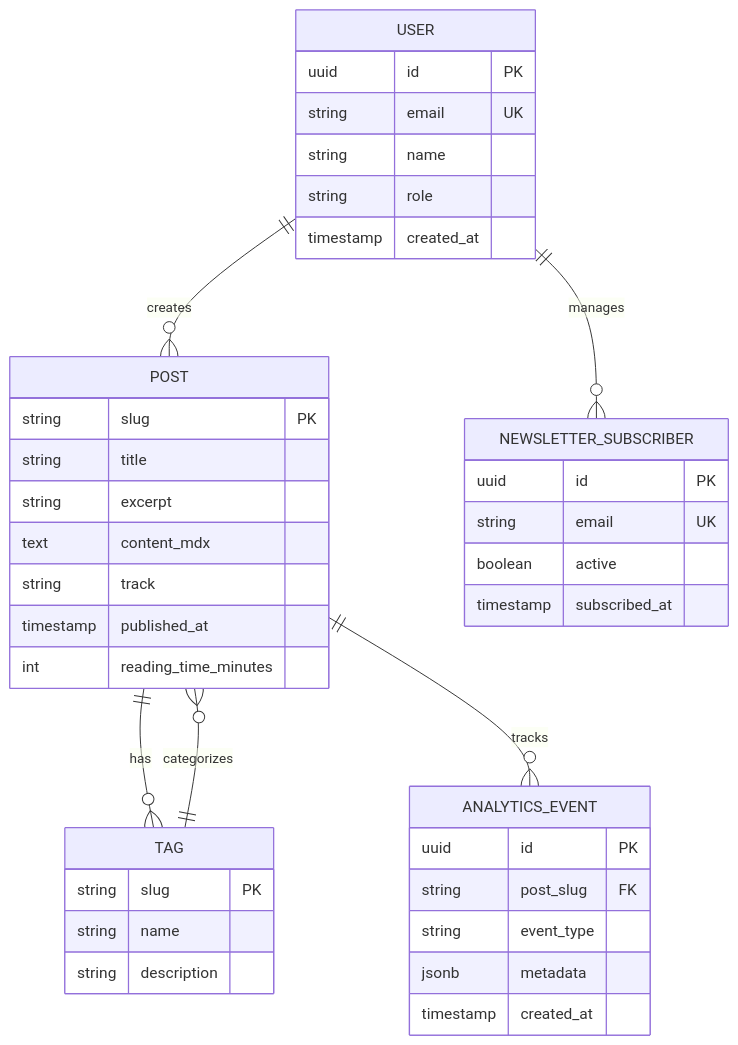
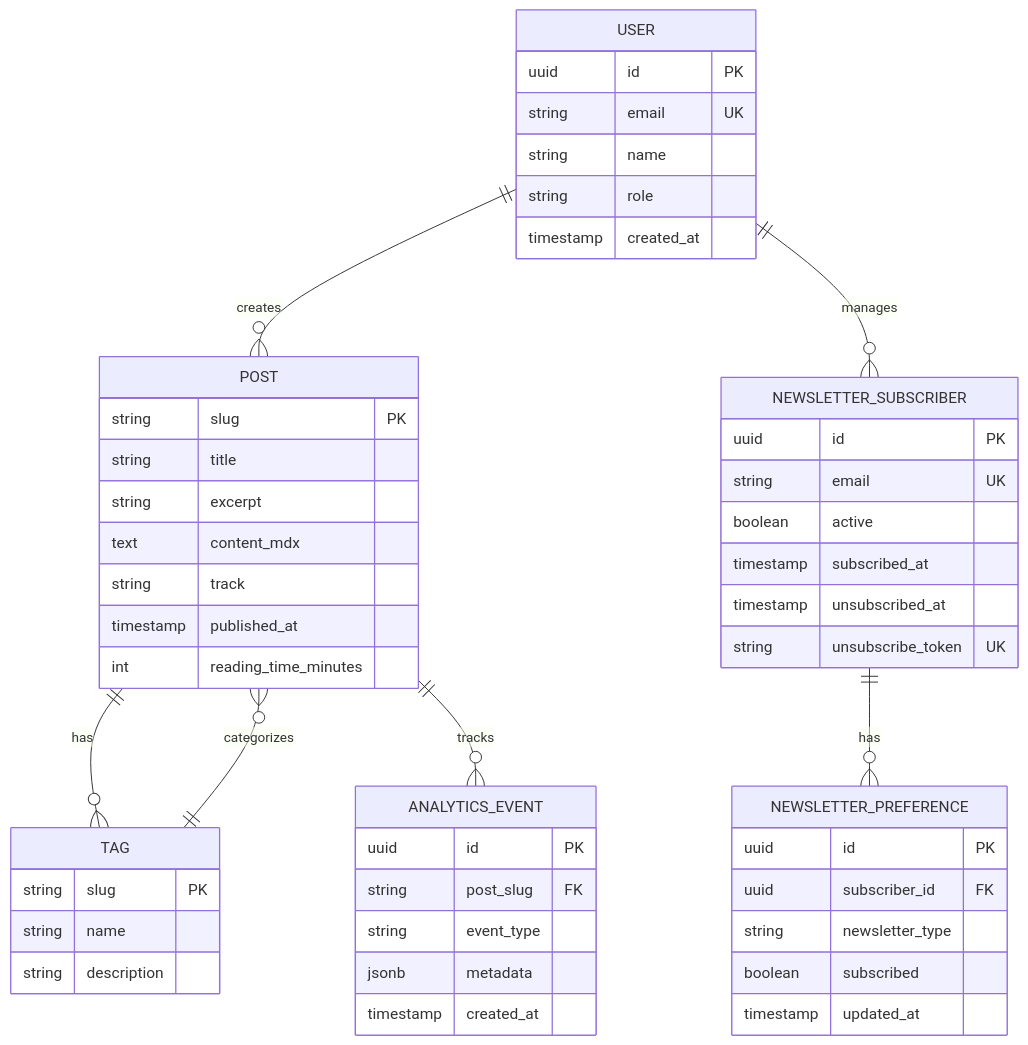
Before and after one commit to marcusgoll/marcusgoll: the diagram in docs/project/data-architecture.md, drawn with Mermaid. The commit also changed other lines of this file and 3 other files, not shown here.

````diff
--- a/docs/project/data-architecture.md
+++ b/docs/project/data-architecture.md
@@ -10,47 +10,58 @@
 ```mermaid
 erDiagram
     USER ||--o{ POST : creates
     POST ||--o{ TAG : has
     TAG ||--o{ POST : categorizes
     USER ||--o{ NEWSLETTER_SUBSCRIBER : manages
     POST ||--o{ ANALYTICS_EVENT : tracks
+    NEWSLETTER_SUBSCRIBER ||--o{ NEWSLETTER_PREFERENCE : has
 
     USER {
         uuid id PK
         string email UK
         string name
         string role
         timestamp created_at
     }
 
     POST {
         string slug PK
         string title
         string excerpt
         text content_mdx
         string track
         timestamp published_at
         int reading_time_minutes
     }
 
     TAG {
         string slug PK
         string name
         string description
     }
 
     NEWSLETTER_SUBSCRIBER {
         uuid id PK
         string email UK
         boolean active
         timestamp subscribed_at
+        timestamp unsubscribed_at
+        string unsubscribe_token UK
+    }
+
+    NEWSLETTER_PREFERENCE {
+        uuid id PK
+        uuid subscriber_id FK
+        string newsletter_type
+        boolean subscribed
+        timestamp updated_at
     }
 
     ANALYTICS_EVENT {
         uuid id PK
         string post_slug FK
         string event_type
         jsonb metadata
         timestamp created_at
     }
 ```
````
